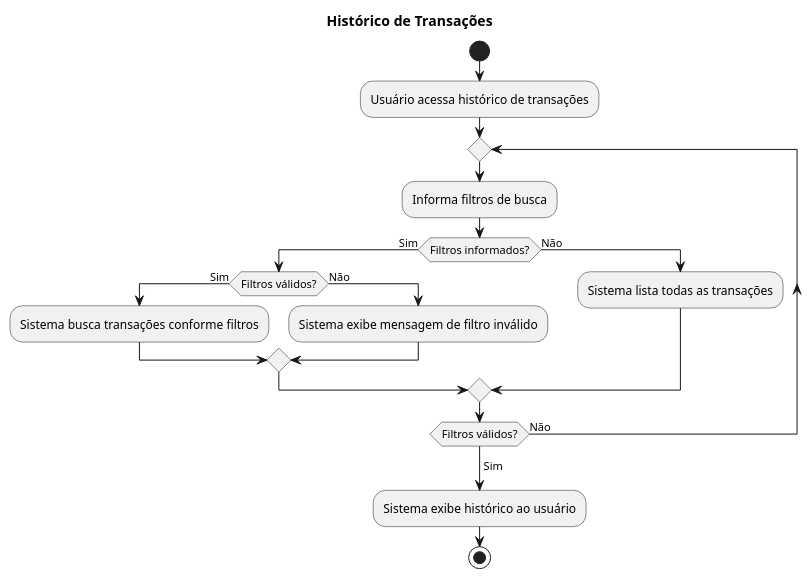
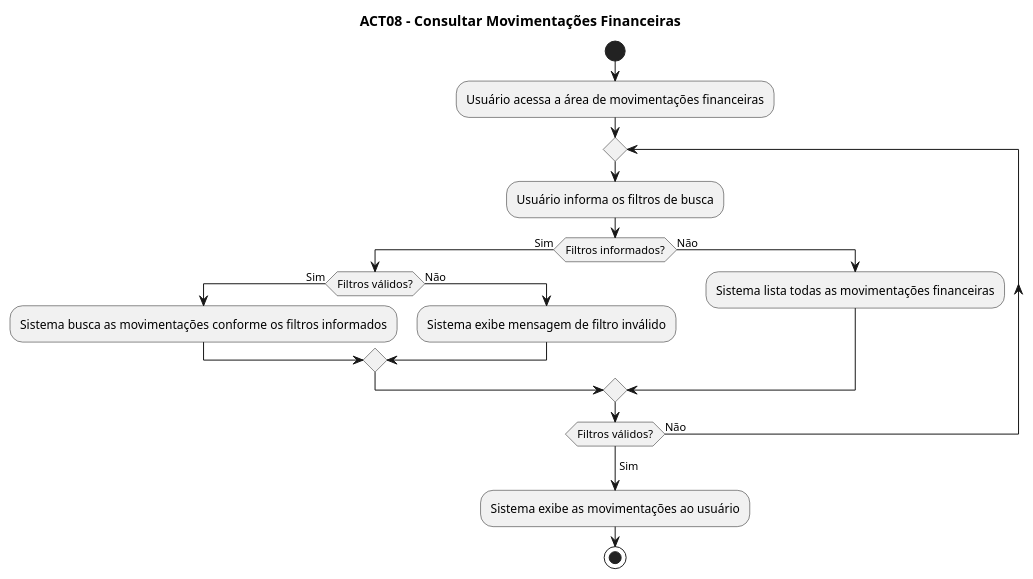
The diagram in docs/modelagem/atividades/historico.puml (Nathan-Edu/Financa-Facil), drawn with PlantUML before and after one commit.

```diff
--- a/docs/modelagem/atividades/historico.puml
+++ b/docs/modelagem/atividades/historico.puml
@@ -1,29 +1,31 @@
 @startuml
-title Histórico de Transações
+
+title ACT08 - Consultar Movimentações Financeiras
 
 start
 
-:Usuário acessa histórico de transações;
+:Usuário acessa a área de movimentações financeiras;
 
 repeat
-  :Informa filtros de busca;
+  :Usuário informa os filtros de busca;
 
   if (Filtros informados?) then (Sim)
 
     if (Filtros válidos?) then (Sim)
-      :Sistema busca transações conforme filtros;
+      :Sistema busca as movimentações conforme os filtros informados;
     else (Não)
       :Sistema exibe mensagem de filtro inválido;
     endif
 
   else (Não)
-    :Sistema lista todas as transações;
+    :Sistema lista todas as movimentações financeiras;
   endif
 
 repeat while (Filtros válidos?) is (Não)
 -> Sim;
 
-:Sistema exibe histórico ao usuário;
+:Sistema exibe as movimentações ao usuário;
 
 stop
+
 @enduml
```
